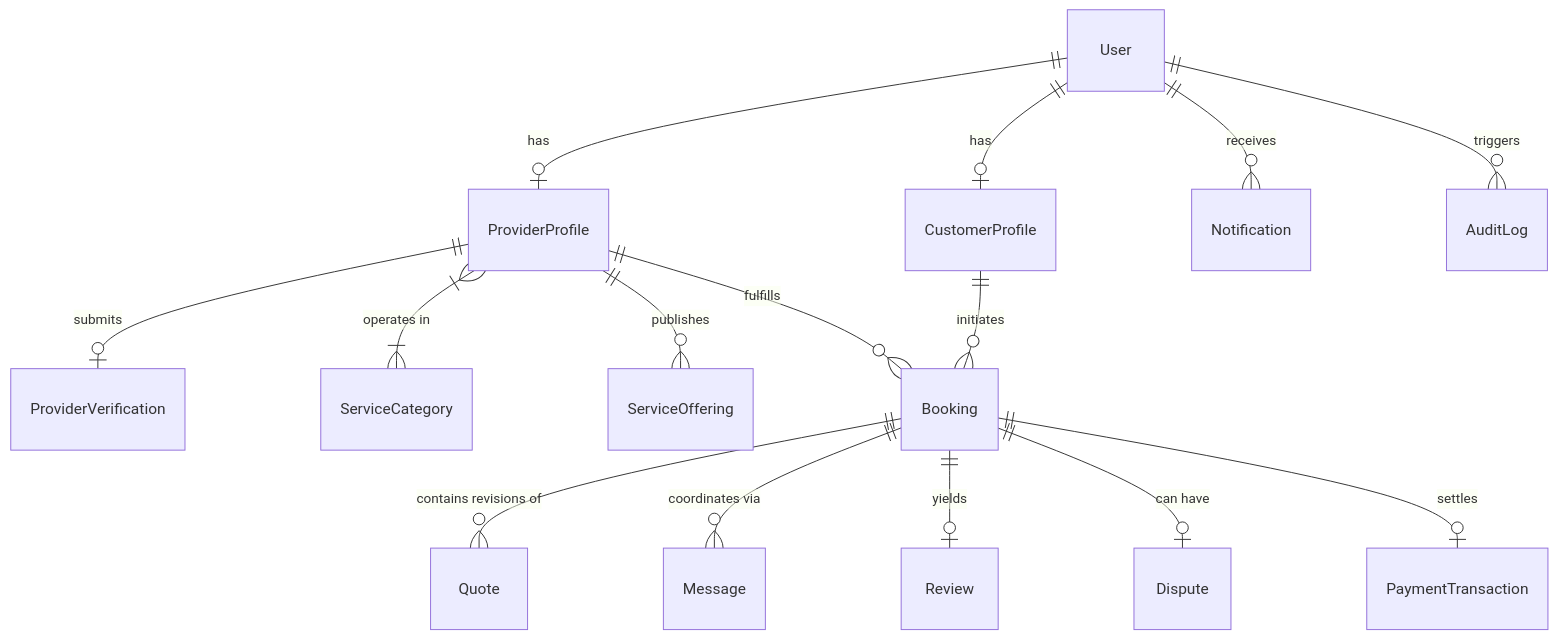
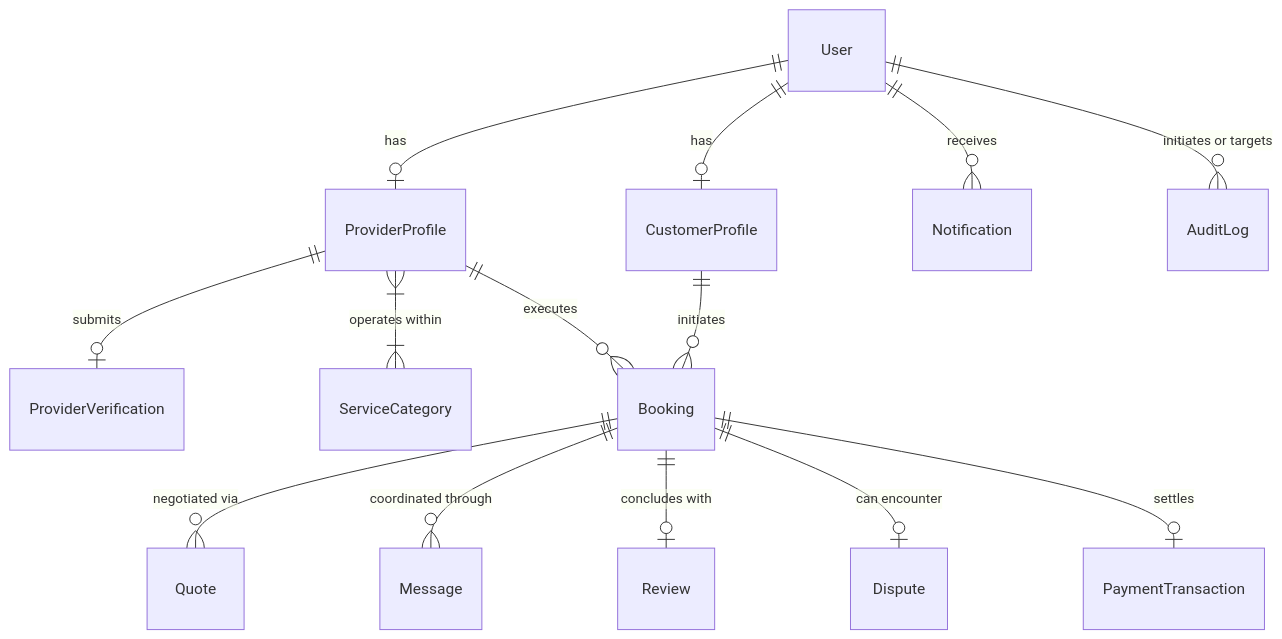
One commit to petersisay/lehulu changed the diagram in docs/DATA_MODELS.md. Above: the diagram before and after it, drawn with Mermaid. The commit also changed other lines of this file and 6 other files, not shown here.

````diff
--- a/docs/DATA_MODELS.md
+++ b/docs/DATA_MODELS.md
@@ -13,17 +15,16 @@
 ```mermaid
 erDiagram
     User ||--o| CustomerProfile : "has"
     User ||--o| ProviderProfile : "has"
     ProviderProfile ||--o| ProviderVerification : "submits"
-    ProviderProfile }|--|{ ServiceCategory : "operates in"
-    ProviderProfile ||--o{ ServiceOffering : "publishes"
+    ProviderProfile }|--|{ ServiceCategory : "operates within"
     CustomerProfile ||--o{ Booking : "initiates"
-    ProviderProfile ||--o{ Booking : "fulfills"
-    Booking ||--o{ Quote : "contains revisions of"
-    Booking ||--o{ Message : "coordinates via"
-    Booking ||--o| Review : "yields"
-    Booking ||--o| Dispute : "can have"
+    ProviderProfile ||--o{ Booking : "executes"
+    Booking ||--o{ Quote : "negotiated via"
+    Booking ||--o{ Message : "coordinated through"
+    Booking ||--o| Review : "concludes with"
+    Booking ||--o| Dispute : "can encounter"
     Booking ||--o| PaymentTransaction : "settles"
     User ||--o{ Notification : "receives"
-    User ||--o{ AuditLog : "triggers"
+    User ||--o{ AuditLog : "initiates or targets"
 ```
````
